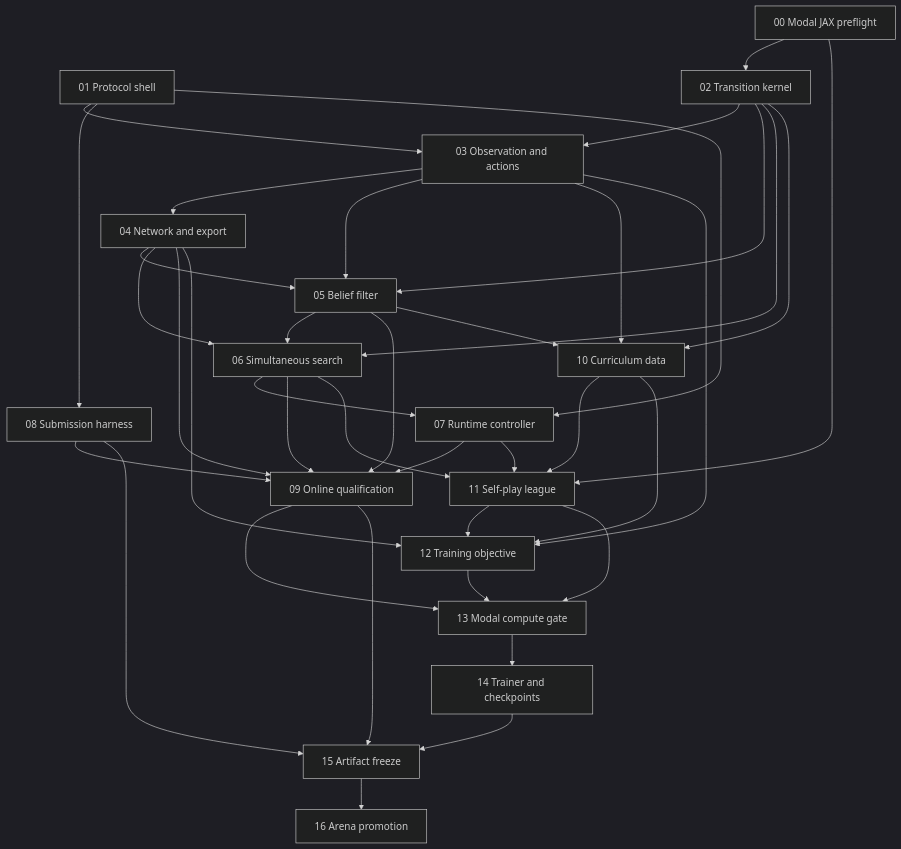
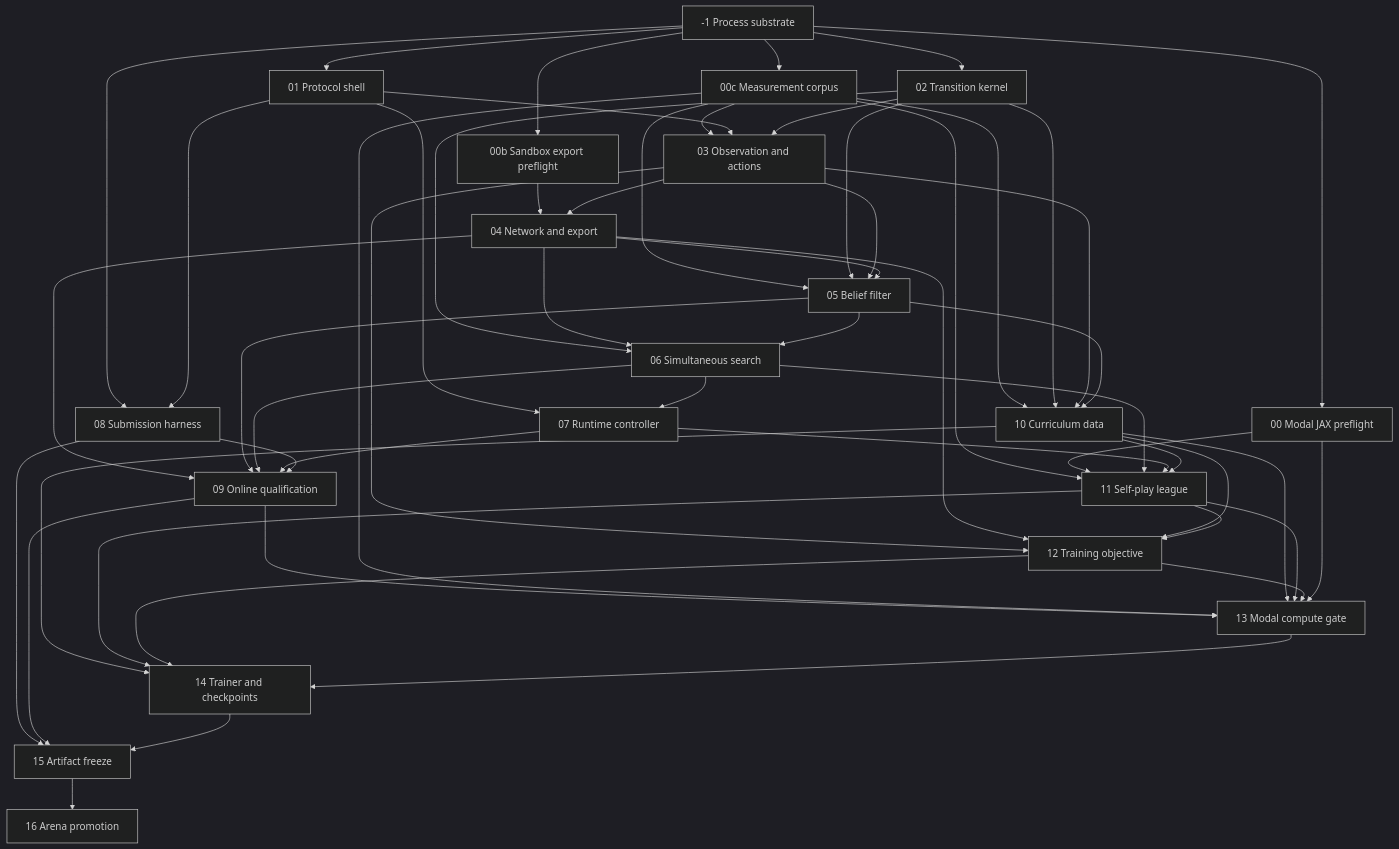
Before and after one commit to bystronerik/generals-arena: the diagram in docs/morpheus-implementation/index.md, drawn with Mermaid (dark theme). The commit also changed other lines of this file and 18 other files, not shown here.

````diff
--- a/docs/morpheus-implementation/index.md
+++ b/docs/morpheus-implementation/index.md
@@ -55,58 +61,77 @@
 ```mermaid
 flowchart TD
+    PN1["-1 Process substrate"]
     P00["00 Modal JAX preflight"]
+    P00B["00b Sandbox export preflight"]
+    P00C["00c Measurement corpus"]
     P01["01 Protocol shell"]
     P02["02 Transition kernel"]
     P03["03 Observation and actions"]
     P04["04 Network and export"]
     P05["05 Belief filter"]
     P06["06 Simultaneous search"]
     P07["07 Runtime controller"]
     P08["08 Submission harness"]
     P09["09 Online qualification"]
     P10["10 Curriculum data"]
     P11["11 Self-play league"]
     P12["12 Training objective"]
     P13["13 Modal compute gate"]
     P14["14 Trainer and checkpoints"]
     P15["15 Artifact freeze"]
     P16["16 Arena promotion"]
 
-    P00 --> P02
+    PN1 --> P00
+    PN1 --> P00B
+    PN1 --> P00C
+    PN1 --> P01
+    PN1 --> P02
+    PN1 --> P08
+    P00B --> P04
+    P00C --> P03
+    P00C --> P05
+    P00C --> P10
+    P00C --> P11
     P01 --> P03
     P01 --> P08
     P02 --> P03
     P03 --> P04
     P02 --> P05
     P03 --> P05
     P04 --> P05
     P02 --> P06
     P04 --> P06
     P05 --> P06
     P01 --> P07
     P06 --> P07
     P04 --> P09
     P05 --> P09
     P06 --> P09
     P07 --> P09
     P08 --> P09
     P02 --> P10
     P03 --> P10
     P05 --> P10
     P00 --> P11
     P06 --> P11
     P07 --> P11
     P10 --> P11
     P03 --> P12
     P04 --> P12
     P10 --> P12
     P11 --> P12
     P09 --> P13
+    P00C --> P13
+    P10 --> P13
     P11 --> P13
     P12 --> P13
+    P00 --> P13
+    P10 --> P14
+    P11 --> P14
+    P12 --> P14
     P13 --> P14
     P08 --> P15
     P09 --> P15
     P14 --> P15
     P15 --> P16
 ```
````
